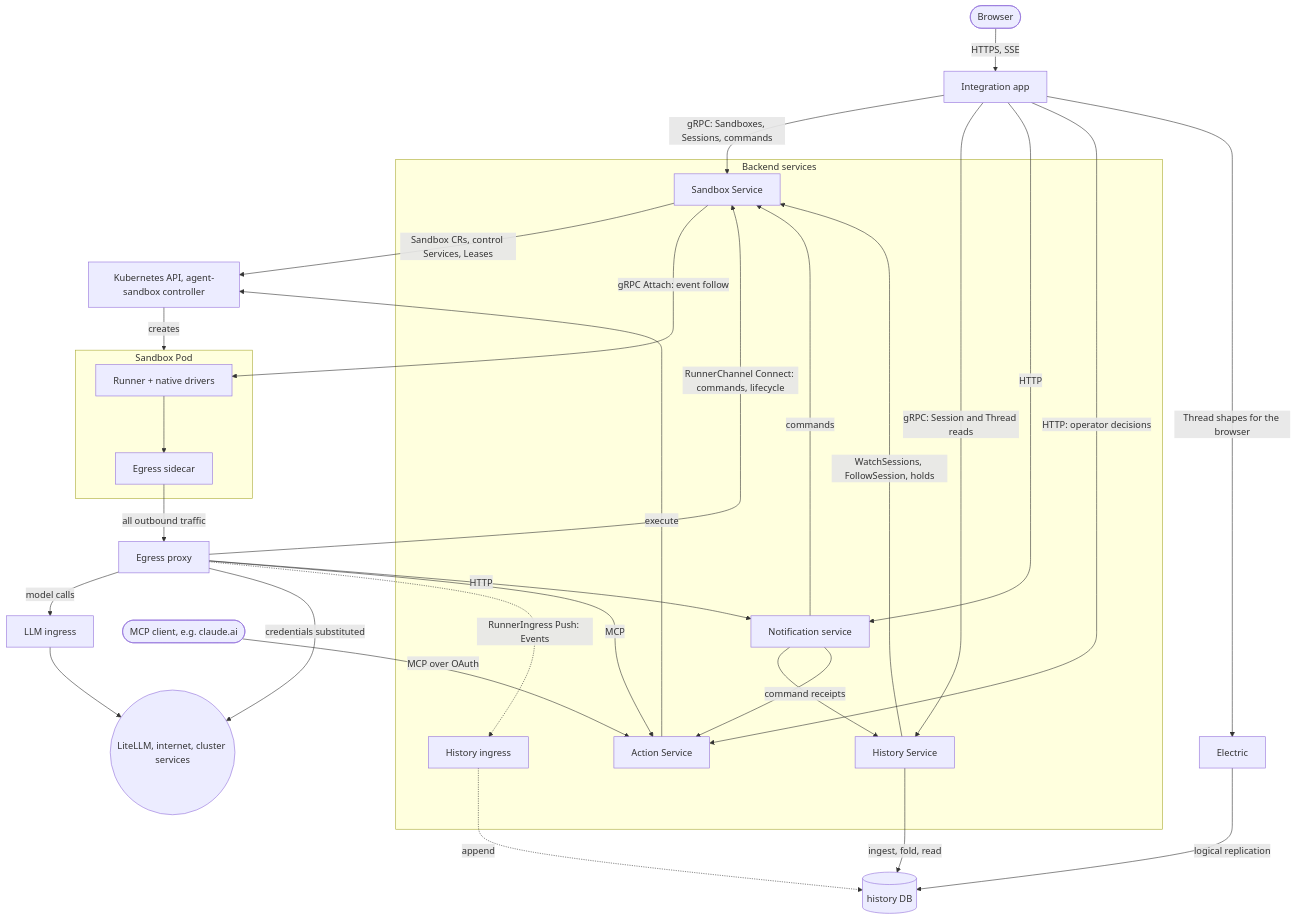
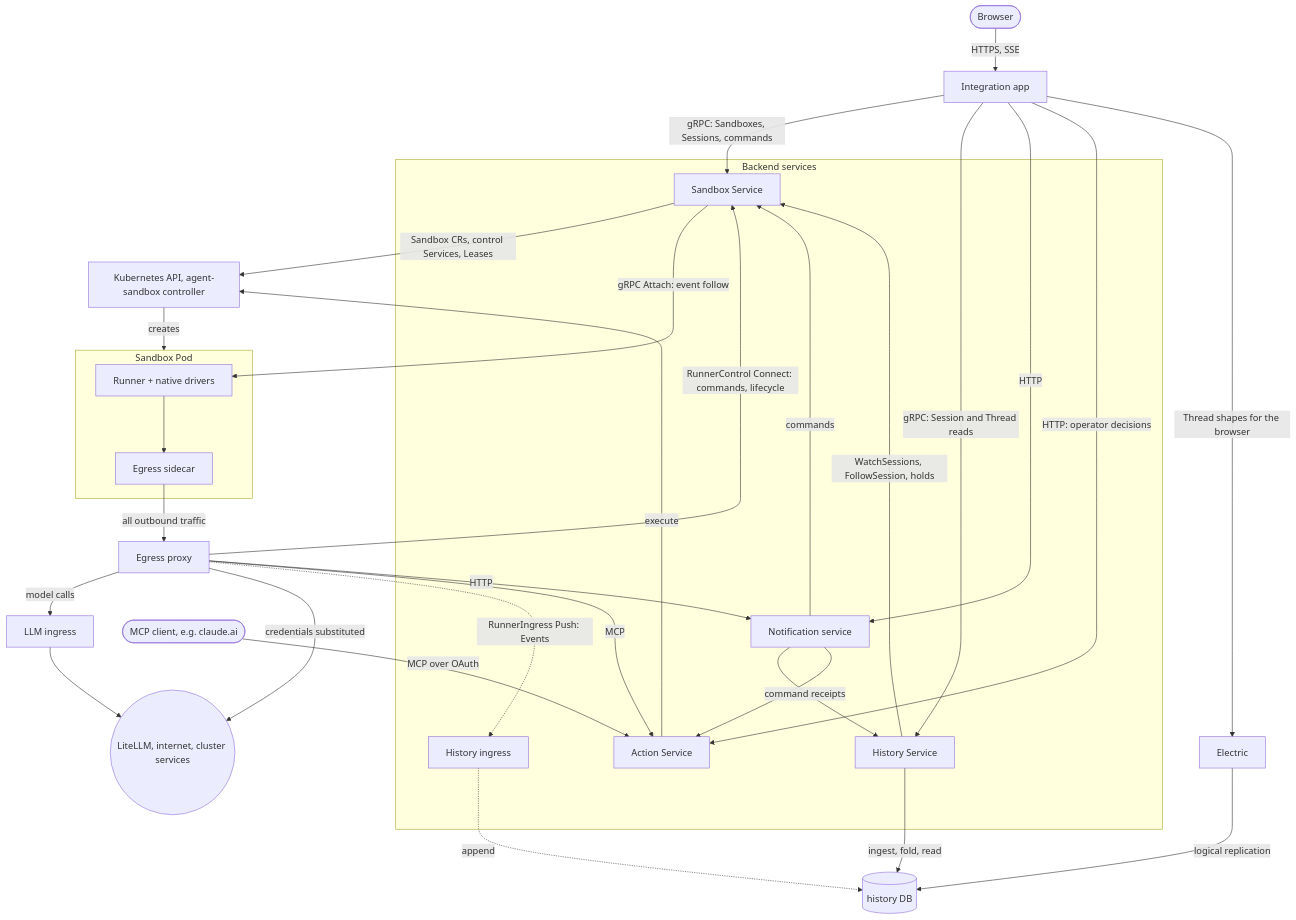
Before and after one commit to agentydragon-agent/ducktape: the diagram in agentplane/README.md, drawn with Mermaid. The commit also changed other lines of this file and 60 other files, not shown here.

````diff
--- a/agentplane/README.md
+++ b/agentplane/README.md
@@ -31,51 +31,51 @@
 ```mermaid
 flowchart TB
     browser([Browser])
     mcp_client([MCP client, e.g. claude.ai])
     app[Integration app]
     subgraph services[Backend services]
         ss[Sandbox Service]
         hs[History Service]
         hi[History ingress]
         notif[Notification service]
         actions[Action Service]
     end
     subgraph sandbox[Sandbox Pod]
         runner[Runner + native drivers]
         sidecar[Egress sidecar]
     end
     proxy[Egress proxy]
     llm[LLM ingress]
     k8s[Kubernetes API, agent-sandbox controller]
     electric[Electric]
     hist_db[(history DB)]
     outside((LiteLLM, internet, cluster services))
 
     browser -->|HTTPS, SSE| app
     mcp_client -->|MCP over OAuth| actions
     app -->|gRPC: Sandboxes, Sessions, commands| ss
     app -->|gRPC: Session and Thread reads| hs
     app -->|HTTP| notif
     app -->|HTTP: operator decisions| actions
     app -->|Thread shapes for the browser| electric
     electric -->|logical replication| hist_db
 
     ss -->|Sandbox CRs, control Services, Leases| k8s
     k8s -->|creates| sandbox
     ss -->|gRPC Attach: event follow| runner
     hs -->|WatchSessions, FollowSession, holds| ss
     hs -->|ingest, fold, read| hist_db
     hi -.->|append| hist_db
     notif -->|commands| ss
     notif -->|command receipts| hs
     notif --> actions
     actions -->|execute| k8s
 
     runner --> sidecar -->|all outbound traffic| proxy
-    proxy -->|RunnerChannel Connect: commands, lifecycle| ss
+    proxy -->|RunnerControl Connect: commands, lifecycle| ss
     proxy -.->|RunnerIngress Push: Events| hi
     proxy -->|MCP| actions
     proxy -->|HTTP| notif
     proxy -->|model calls| llm --> outside
     proxy -->|credentials substituted| outside
 ```
````
